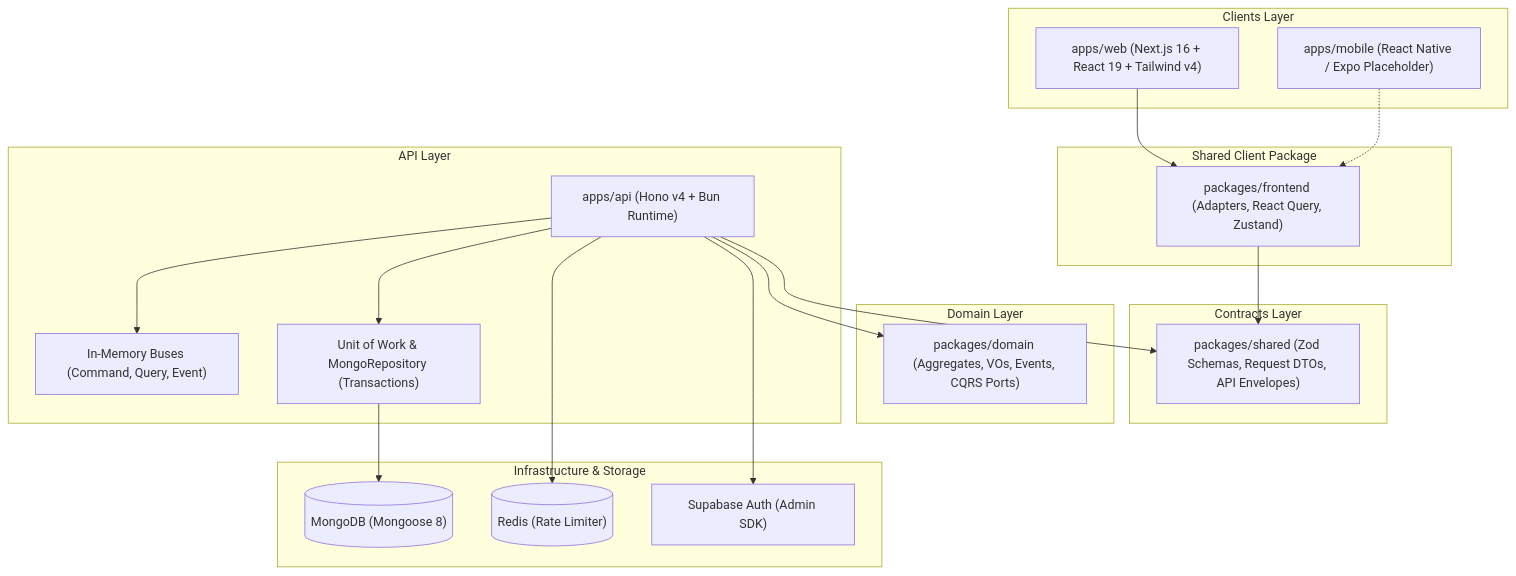
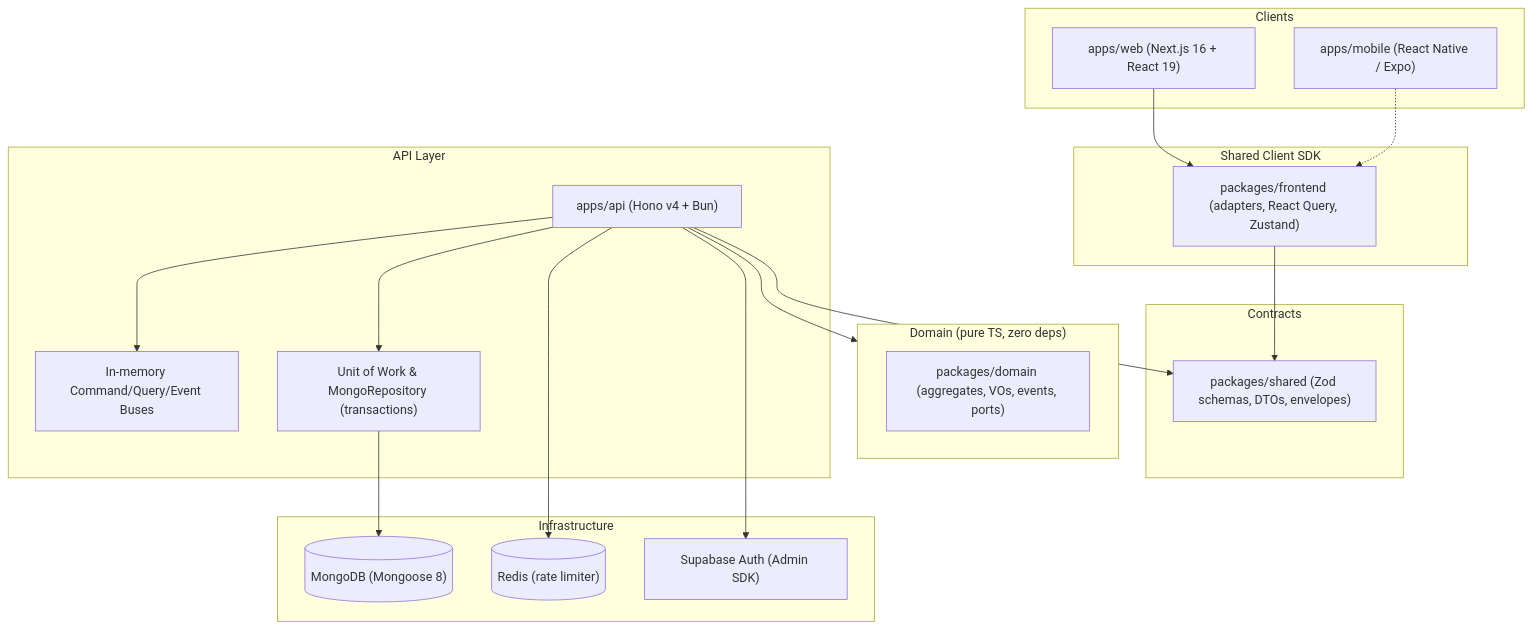
One commit to abdulahadsn5791-gif/ecomerece changed the diagram in README.md. Above: the diagram before and after it, drawn with Mermaid. The commit also changed other lines of this file, not shown here.

````diff
--- a/README.md
+++ b/README.md
@@ -11,42 +87,42 @@
 ```mermaid
 flowchart TB
-    subgraph Clients["Clients Layer"]
-        Web["apps/web (Next.js 16 + React 19 + Tailwind v4)"]
-        Mobile["apps/mobile (React Native / Expo Placeholder)"]
+    subgraph Clients["Clients"]
+        Web["apps/web (Next.js 16 + React 19)"]
+        Mobile["apps/mobile (React Native / Expo)"]
     end
 
-    subgraph ClientSDK["Shared Client Package"]
-        FrontendPkg["packages/frontend (Adapters, React Query, Zustand)"]
+    subgraph Sdk["Shared Client SDK"]
+        FrontendPkg["packages/frontend (adapters, React Query, Zustand)"]
     end
 
-    subgraph SharedPkg["Contracts Layer"]
-        Shared["packages/shared (Zod Schemas, Request DTOs, API Envelopes)"]
+    subgraph Contracts["Contracts"]
+        Shared["packages/shared (Zod schemas, DTOs, envelopes)"]
     end
 
-    subgraph DomainPkg["Domain Layer"]
-        Domain["packages/domain (Aggregates, VOs, Events, CQRS Ports)"]
+    subgraph Domain["Domain (pure TS, zero deps)"]
+        DomainPkg["packages/domain (aggregates, VOs, events, ports)"]
     end
 
-    subgraph BackendApp["API Layer"]
-        API["apps/api (Hono v4 + Bun Runtime)"]
-        Buses["In-Memory Buses (Command, Query, Event)"]
-        UoW["Unit of Work & MongoRepository (Transactions)"]
+    subgraph Api["API Layer"]
+        API["apps/api (Hono v4 + Bun)"]
+        Buses["In-memory Command/Query/Event Buses"]
+        UoW["Unit of Work & MongoRepository (transactions)"]
     end
 
-    subgraph Databases["Infrastructure & Storage"]
+    subgraph Infra["Infrastructure"]
         Mongo[("MongoDB (Mongoose 8)")]
-        Redis[("Redis (Rate Limiter)")]
+        Redis[("Redis (rate limiter)")]
         Supabase["Supabase Auth (Admin SDK)"]
     end
 
     Web --> FrontendPkg
     Mobile -.-> FrontendPkg
     FrontendPkg --> Shared
     API --> Shared
     API --> Domain
     API --> UoW
     API --> Buses
     UoW --> Mongo
     API --> Redis
     API --> Supabase
 ```
````
